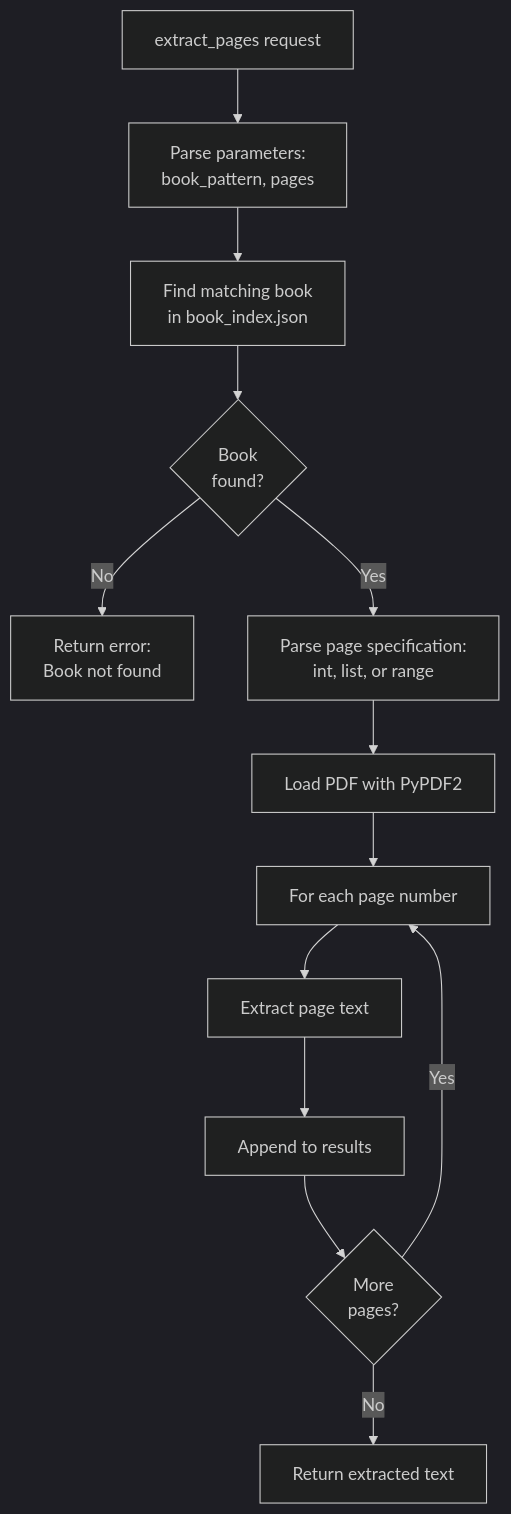
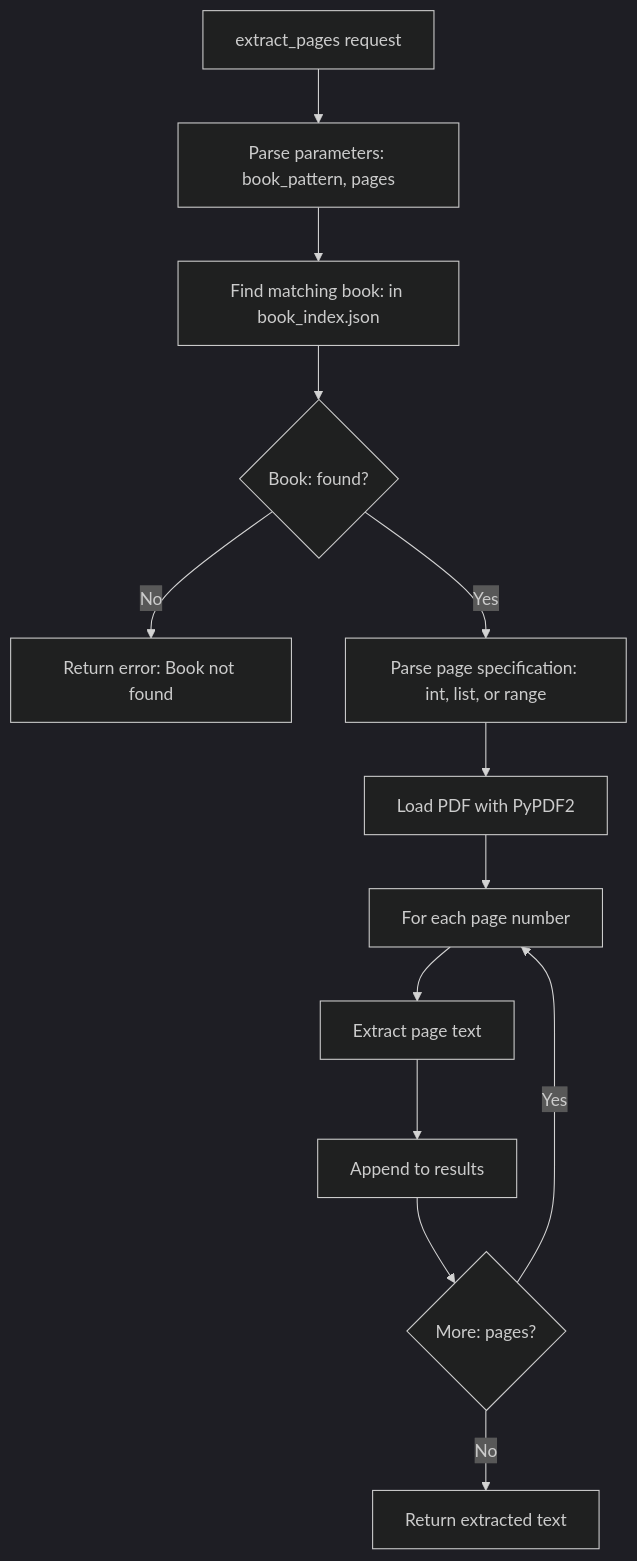
Before and after one commit to hpoliset/PersonalDocLibraryRAGMCP: the ninth of 22 diagrams in docs/ARCHITECTURE.md, drawn with Mermaid (dark theme). The commit also changed other lines of this file and 2 other files, not shown here.

First line of the commit message:
Update documentation with upgrade instructions and fix architecture diagrams

````diff
--- a/docs/ARCHITECTURE.md
+++ b/docs/ARCHITECTURE.md
@@ -292,15 +274,15 @@
 ```mermaid
-flowchart TD
-    START[extract_pages request] --> PARAMS[Parse parameters:<br/>book_pattern, pages]
-    PARAMS --> FIND_BOOK[Find matching book<br/>in book_index.json]
-    FIND_BOOK --> FOUND{Book<br/>found?}
-    FOUND -->|No| ERROR[Return error:<br/>Book not found]
-    FOUND -->|Yes| PARSE_PAGES[Parse page specification:<br/>int, list, or range]
+graph TD
+    START[extract_pages request] --> PARAMS[Parse parameters: book_pattern, pages]
+    PARAMS --> FIND_BOOK[Find matching book: in book_index.json]
+    FIND_BOOK --> FOUND{Book: found?}
+    FOUND -->|No| ERROR[Return error: Book not found]
+    FOUND -->|Yes| PARSE_PAGES[Parse page specification: int, list, or range]
     PARSE_PAGES --> LOAD_PDF[Load PDF with PyPDF2]
     LOAD_PDF --> EXTRACT_LOOP[For each page number]
     EXTRACT_LOOP --> EXTRACT_TEXT[Extract page text]
     EXTRACT_TEXT --> APPEND[Append to results]
-    APPEND --> MORE{More<br/>pages?}
+    APPEND --> MORE{More: pages?}
     MORE -->|Yes| EXTRACT_LOOP
     MORE -->|No| RESPONSE[Return extracted text]
 ```
````
